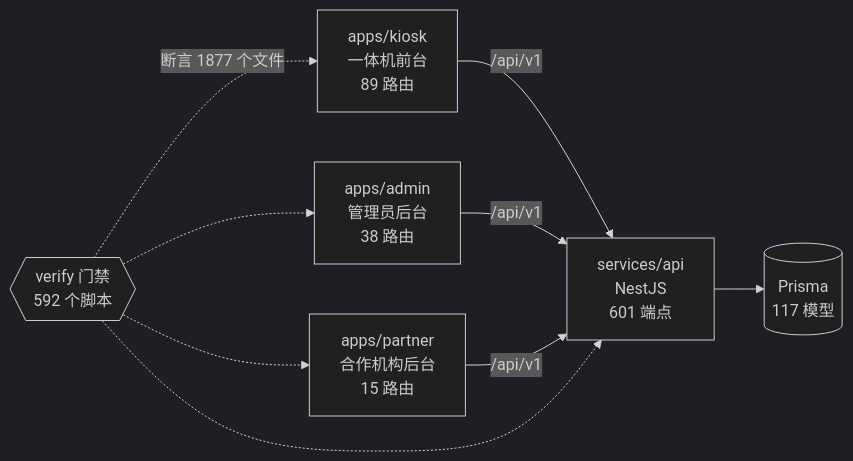
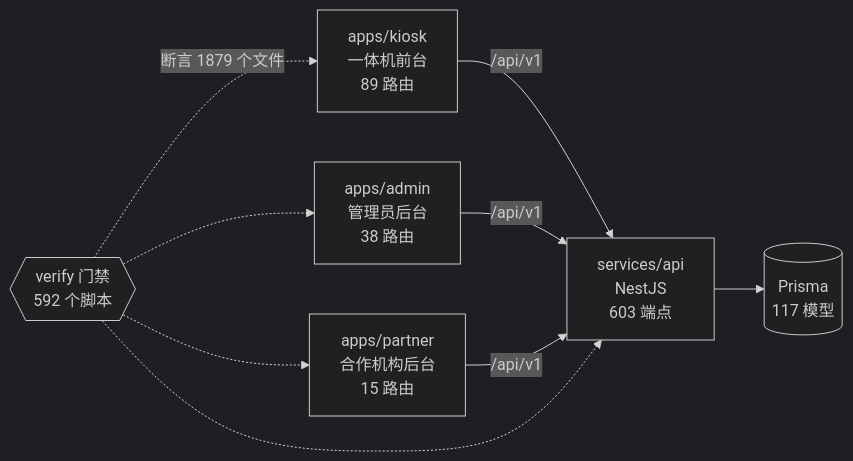
Before and after one commit to wanglei581/YITIJI: the diagram in docs/graph/README.md, drawn with Mermaid (dark theme). The commit also changed other lines of this file and 3 other files, not shown here.

Commit message:
chore(graph): 加管理员首单只读接口后重生图谱

````diff
--- a/docs/graph/README.md
+++ b/docs/graph/README.md
@@ -68,18 +68,18 @@
 ```mermaid
 flowchart LR
   kiosk["apps/kiosk<br/>一体机前台<br/>89 路由"]
   admin["apps/admin<br/>管理员后台<br/>38 路由"]
   partner["apps/partner<br/>合作机构后台<br/>15 路由"]
-  api["services/api<br/>NestJS<br/>601 端点"]
+  api["services/api<br/>NestJS<br/>603 端点"]
   db[("Prisma<br/>117 模型")]
   gates{{"verify 门禁<br/>592 个脚本"}}
 
   kiosk -->|"/api/v1"| api
   admin -->|"/api/v1"| api
   partner -->|"/api/v1"| api
   api --> db
-  gates -.->|"断言 1877 个文件"| kiosk
+  gates -.->|"断言 1879 个文件"| kiosk
   gates -.-> admin
   gates -.-> partner
   gates -.-> api
 ```
````
